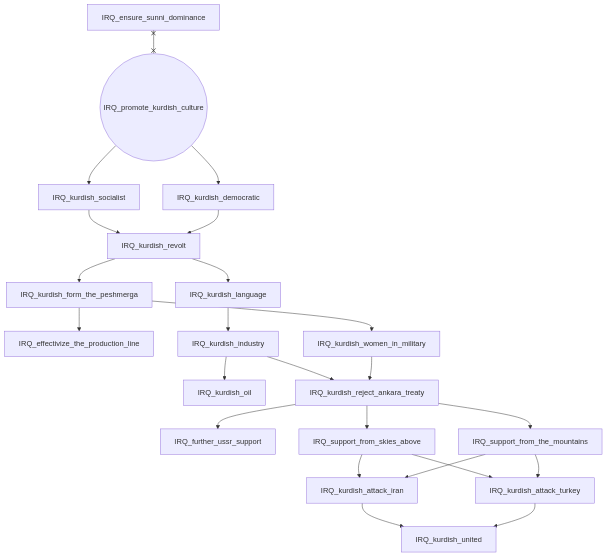
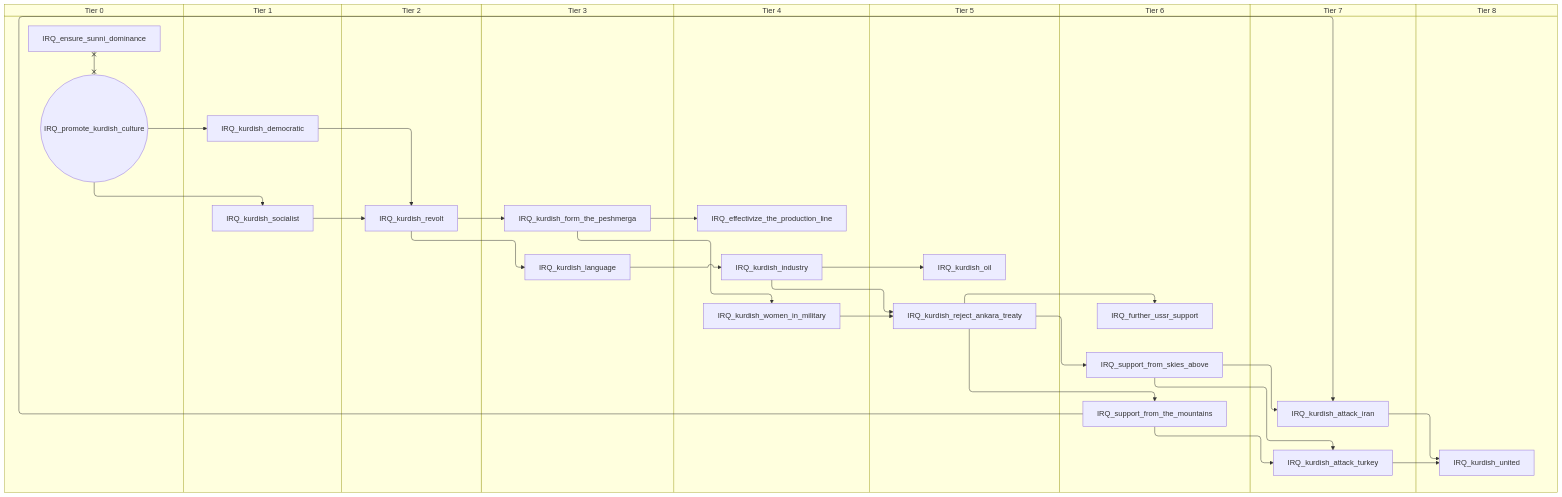
The fifth of 6 diagrams in docs/gdd/National Focuses/r56/iraq.md (evgeny-sobol/hoi4-sandbox-mode-r56), drawn with Mermaid before and after one commit. The commit also changed other lines of this file and 423 other files, not shown here.

First line of the commit message:
Re-export Rt56 focus trees as swimlane diagrams

````diff
--- a/docs/gdd/National Focuses/r56/iraq.md
+++ b/docs/gdd/National Focuses/r56/iraq.md
@@ -236,43 +278,61 @@
 ```mermaid
-flowchart TD
-    n90["IRQ_effectivize_the_production_line"]
-    n45["IRQ_ensure_sunni_dominance"]
-    n91["IRQ_further_ussr_support"]
-    n92["IRQ_kurdish_attack_iran"]
-    n93["IRQ_kurdish_attack_turkey"]
-    n94["IRQ_kurdish_democratic"]
-    n95["IRQ_kurdish_form_the_peshmerga"]
-    n96["IRQ_kurdish_industry"]
-    n97["IRQ_kurdish_language"]
-    n98["IRQ_kurdish_oil"]
-    n99["IRQ_kurdish_reject_ankara_treaty"]
-    n100["IRQ_kurdish_revolt"]
-    n101["IRQ_kurdish_socialist"]
-    n102["IRQ_kurdish_united"]
-    n103["IRQ_kurdish_women_in_military"]
-    n62(("IRQ_promote_kurdish_culture"))
-    n104["IRQ_support_from_skies_above"]
-    n105["IRQ_support_from_the_mountains"]
-    n95 --> n90
-    n99 --> n91
-    n104 --> n92
-    n105 --> n92
-    n104 --> n93
-    n105 --> n93
-    n62 --> n94
-    n100 --> n95
-    n97 --> n96
-    n100 --> n97
+swimlane-beta TD
+    subgraph tier_0["Tier 0"]
+        n25["IRQ_ensure_sunni_dominance"]
+        n26(("IRQ_promote_kurdish_culture"))
+    end
+    subgraph tier_1["Tier 1"]
+        n90["IRQ_kurdish_democratic"]
+        n91["IRQ_kurdish_socialist"]
+    end
+    subgraph tier_2["Tier 2"]
+        n92["IRQ_kurdish_revolt"]
+    end
+    subgraph tier_3["Tier 3"]
+        n93["IRQ_kurdish_form_the_peshmerga"]
+        n94["IRQ_kurdish_language"]
+    end
+    subgraph tier_4["Tier 4"]
+        n95["IRQ_effectivize_the_production_line"]
+        n96["IRQ_kurdish_industry"]
+        n97["IRQ_kurdish_women_in_military"]
+    end
+    subgraph tier_5["Tier 5"]
+        n98["IRQ_kurdish_oil"]
+        n99["IRQ_kurdish_reject_ankara_treaty"]
+    end
+    subgraph tier_6["Tier 6"]
+        n100["IRQ_further_ussr_support"]
+        n101["IRQ_support_from_skies_above"]
+        n102["IRQ_support_from_the_mountains"]
+    end
+    subgraph tier_7["Tier 7"]
+        n103["IRQ_kurdish_attack_iran"]
+        n104["IRQ_kurdish_attack_turkey"]
+    end
+    subgraph tier_8["Tier 8"]
+        n105["IRQ_kurdish_united"]
+    end
+    n93 --> n95
+    n99 --> n100
+    n101 --> n103
+    n102 --> n103
+    n101 --> n104
+    n102 --> n104
+    n26 --> n90
+    n92 --> n93
+    n94 --> n96
+    n92 --> n94
     n96 --> n98
     n96 --> n99
-    n103 --> n99
-    n101 --> n100
-    n94 --> n100
-    n62 --> n101
-    n92 --> n102
-    n93 --> n102
-    n95 --> n103
-    n99 --> n104
-    n99 --> n105
-    n45 x--x n62
+    n97 --> n99
+    n91 --> n92
+    n90 --> n92
+    n26 --> n91
+    n103 --> n105
+    n104 --> n105
+    n93 --> n97
+    n99 --> n101
+    n99 --> n102
+    n25 x--x n26
 ```
````
